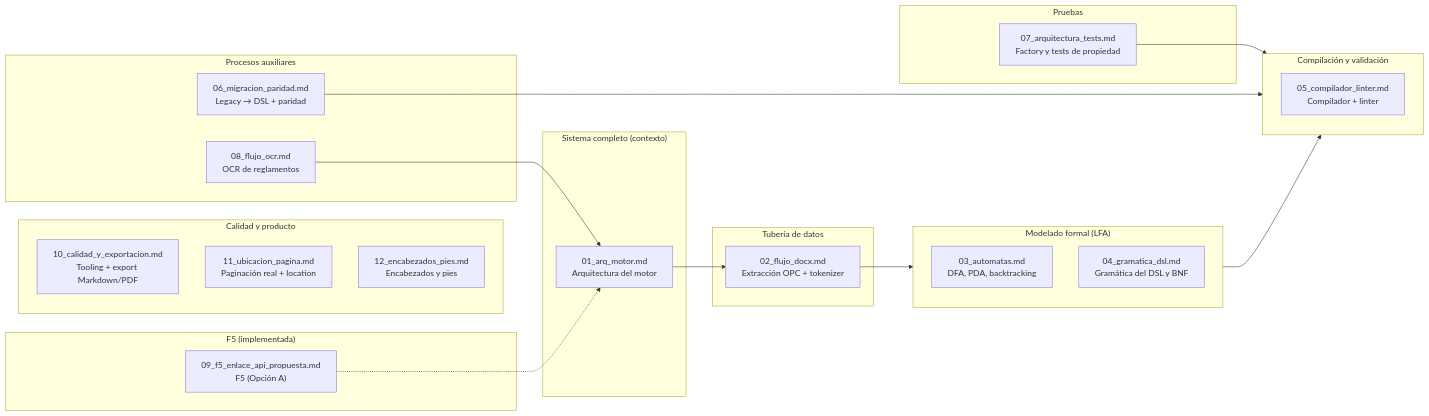
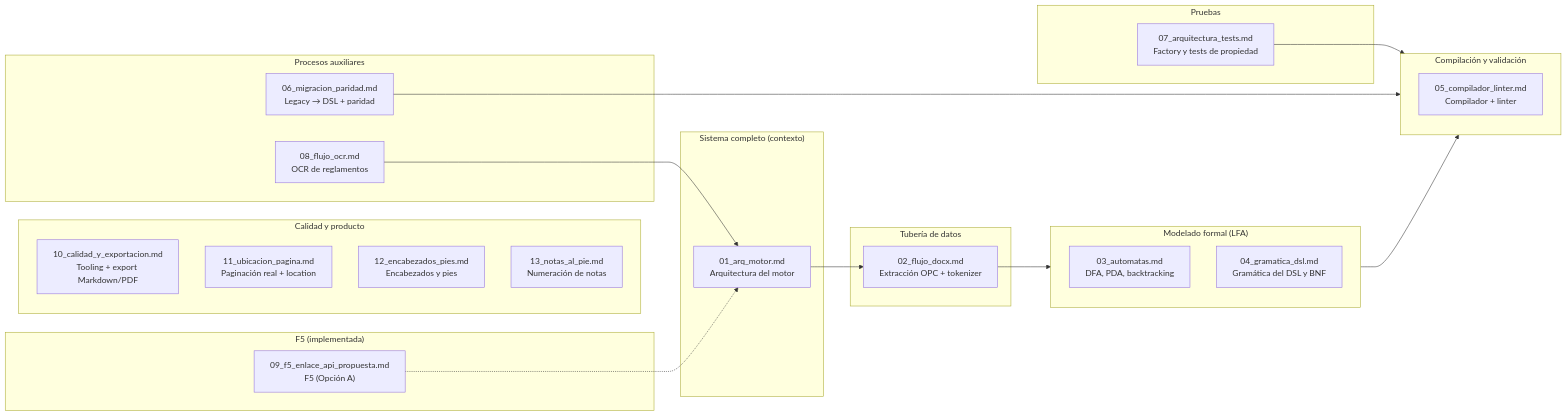
Before and after one commit to IvanSanchezSil/vistobueno: the first of 2 diagrams in docs/diseno/00_indice_diseno.md, drawn with Mermaid. The commit also changed other lines of this file and 16 other files, not shown here.

Commit message:
feat(motor): validar numeración de notas al pie (ítem 3 de la F2)

````diff
--- a/docs/diseno/00_indice_diseno.md
+++ b/docs/diseno/00_indice_diseno.md
@@ -31,46 +31,47 @@
 ```mermaid
 flowchart LR
     subgraph CONTEXTO["Sistema completo (contexto)"]
         A["01_arq_motor.md<br/>Arquitectura del motor"]
     end
 
     subgraph TUBERIA["Tubería de datos"]
         B["02_flujo_docx.md<br/>Extracción OPC + tokenizer"]
     end
 
     subgraph FORMAL["Modelado formal (LFA)"]
         C["03_automatas.md<br/>DFA, PDA, backtracking"]
         D["04_gramatica_dsl.md<br/>Gramática del DSL y BNF"]
     end
 
     subgraph COMPILACION["Compilación y validación"]
         E["05_compilador_linter.md<br/>Compilador + linter"]
     end
 
     subgraph PROCESOS["Procesos auxiliares"]
         F["06_migracion_paridad.md<br/>Legacy → DSL + paridad"]
         G["08_flujo_ocr.md<br/>OCR de reglamentos"]
     end
 
     subgraph PRUEBAS["Pruebas"]
         H["07_arquitectura_tests.md<br/>Factory y tests de propiedad"]
     end
 
     subgraph CALIDAD["Calidad y producto"]
         J["10_calidad_y_exportacion.md<br/>Tooling + export Markdown/PDF"]
         K["11_ubicacion_pagina.md<br/>Paginación real + location"]
         L["12_encabezados_pies.md<br/>Encabezados y pies"]
+        M["13_notas_al_pie.md<br/>Numeración de notas"]
     end
 
     subgraph FUTURO["F5 (implementada)"]
         I["09_f5_enlace_api_propuesta.md<br/>F5 (Opción A)"]
     end
 
     A --> B
     B --> FORMAL
     FORMAL --> COMPILACION
     F --> COMPILACION
     H --> COMPILACION
     G --> A
     I -.-> A
 ```
````
